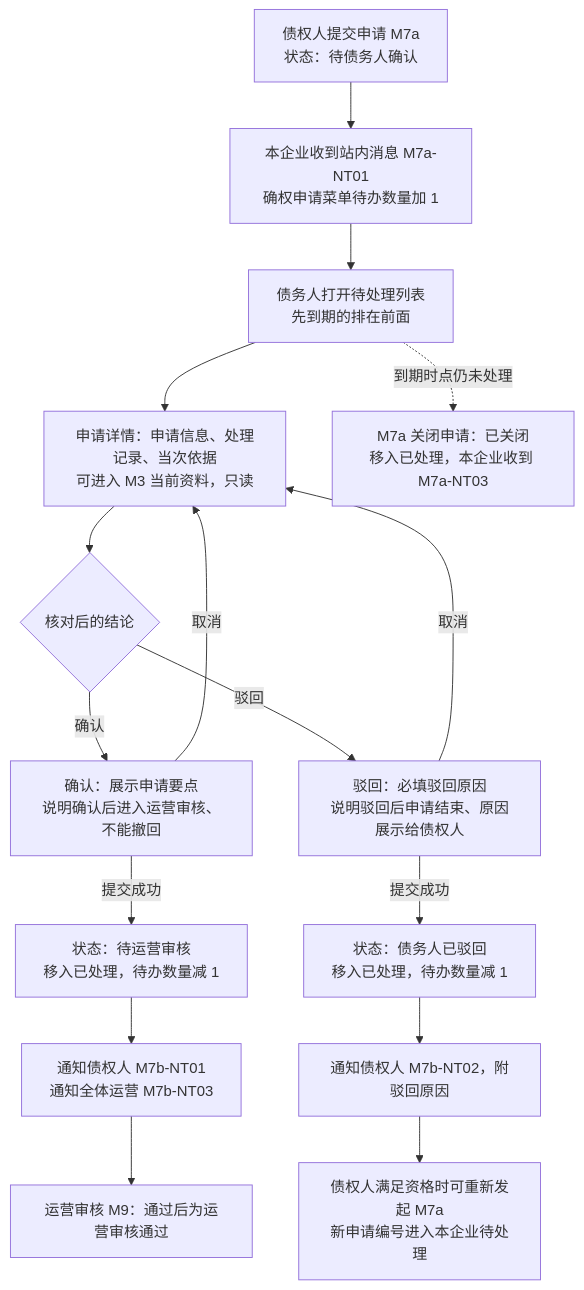
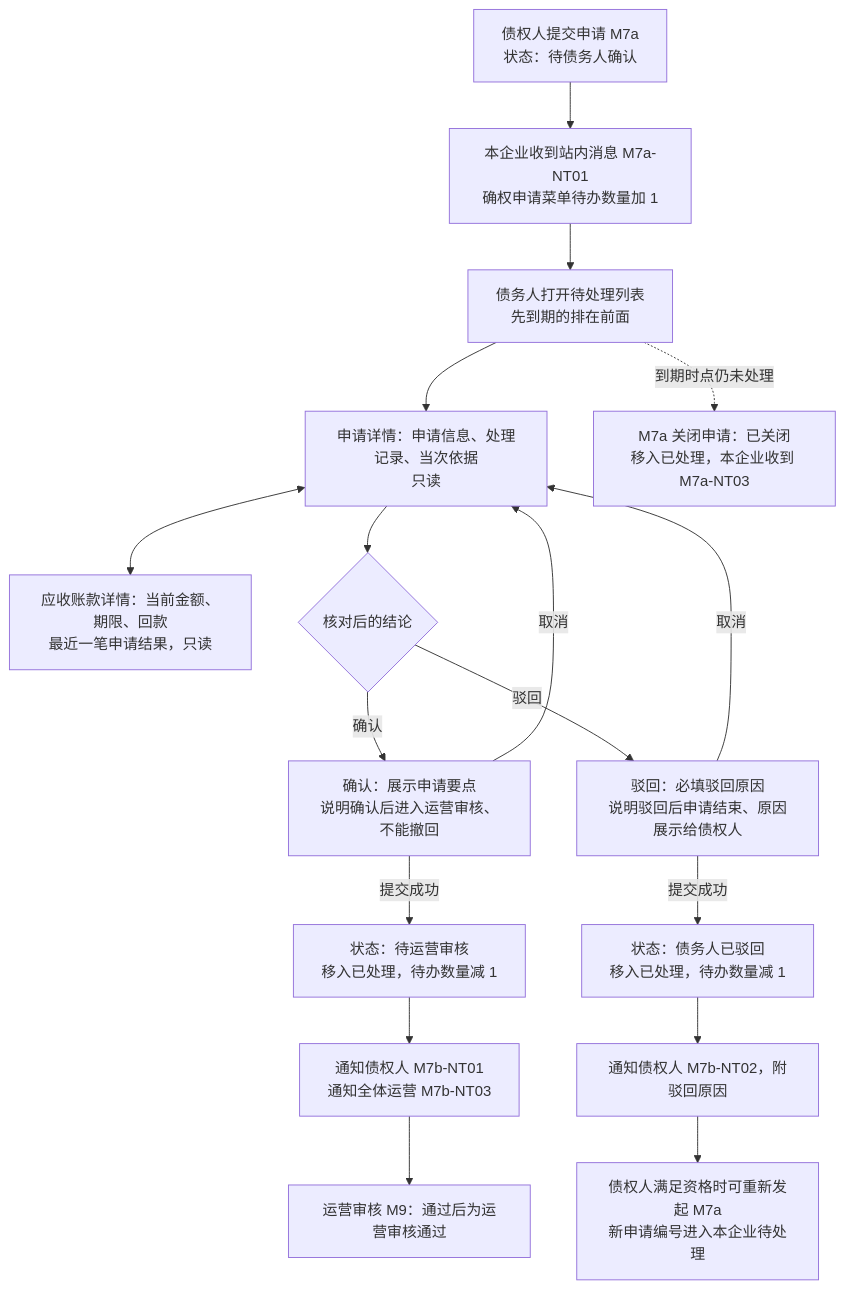
One commit to wxblockchain/Chain-Financing changed the first of 3 diagrams in asset-trust-platform/PRD/企业端/M7b-确权待办与确认处理/02-确权待办与确认处理-流程图与状态机.md. Above: the diagram before and after it, drawn with Mermaid. The commit also changed other lines of this file and 4 other files, not shown here.

````diff
--- a/asset-trust-platform/PRD/企业端/M7b-确权待办与确认处理/02-确权待办与确认处理-流程图与状态机.md
+++ b/asset-trust-platform/PRD/企业端/M7b-确权待办与确认处理/02-确权待办与确认处理-流程图与状态机.md
@@ -16,18 +16,19 @@
 ```mermaid
 flowchart TD
     A[债权人提交申请 M7a<br/>状态：待债务人确认] --> B[本企业收到站内消息 M7a-NT01<br/>确权申请菜单待办数量加 1]
     B --> C[债务人打开待处理列表<br/>先到期的排在前面]
-    C --> D[申请详情：申请信息、处理记录、当次依据<br/>可进入 M3 当前资料，只读]
+    C --> D[申请详情：申请信息、处理记录、当次依据<br/>只读]
+    D <--> K[应收账款详情：当前金额、期限、回款<br/>最近一笔申请结果，只读]
     D --> E{核对后的结论}
     E -->|确认| F[确认：展示申请要点<br/>说明确认后进入运营审核、不能撤回]
     E -->|驳回| G[驳回：必填驳回原因<br/>说明驳回后申请结束、原因展示给债权人]
     F -->|提交成功| H[状态：待运营审核<br/>移入已处理，待办数量减 1]
     G -->|提交成功| I[状态：债务人已驳回<br/>移入已处理，待办数量减 1]
     H --> H1[通知债权人 M7b-NT01<br/>通知全体运营 M7b-NT03]
     H1 --> H2[运营审核 M9：通过后为运营审核通过]
     I --> I1[通知债权人 M7b-NT02，附驳回原因]
     I1 --> I2[债权人满足资格时可重新发起 M7a<br/>新申请编号进入本企业待处理]
     F -->|取消| D
     G -->|取消| D
     C -.->|到期时点仍未处理| J[M7a 关闭申请：已关闭<br/>移入已处理，本企业收到 M7a-NT03]
 ```
````
